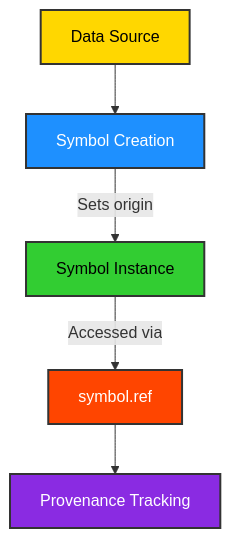
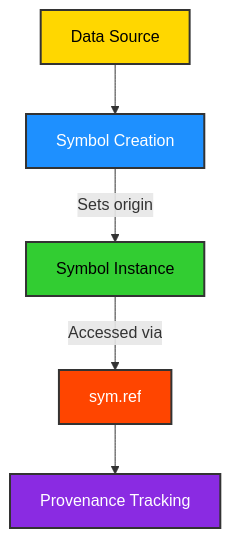
Diagram 12 of 13 in docs/topics/8_api_highlights/index.md (ikko/sym), drawn with Mermaid before and after one commit. The commit also changed other lines of this file and 104 other files, not shown here.

````diff
--- a/docs/topics/8_api_highlights/index.md
+++ b/docs/topics/8_api_highlights/index.md
@@ -682,13 +682,13 @@
 ```mermaid
 graph TD
     A[Data Source] --> B[Symbol Creation];
     B -- "Sets origin" --> C[Symbol Instance];
-    C -- "Accessed via" --> D[symbol.ref];
+    C -- "Accessed via" --> D[sym.ref];
     D --> E[Provenance Tracking];
 
     style A fill:#FFD700,stroke:#333,stroke-width:2px,color:#000000;
     style B fill:#1E90FF,stroke:#333,stroke-width:2px,color:#FFFFFF;
     style C fill:#32CD32,stroke:#333,stroke-width:2px,color:#000000;
     style D fill:#FF4500,stroke:#333,stroke-width:2px,color:#FFFFFF;
     style E fill:#8A2BE2,stroke:#333,stroke-width:2px,color:#FFFFFF;
 ```
````
